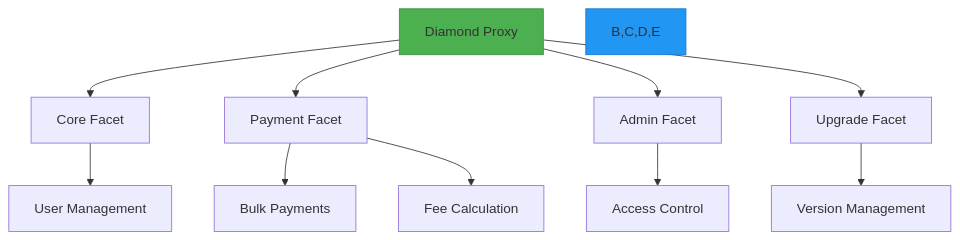
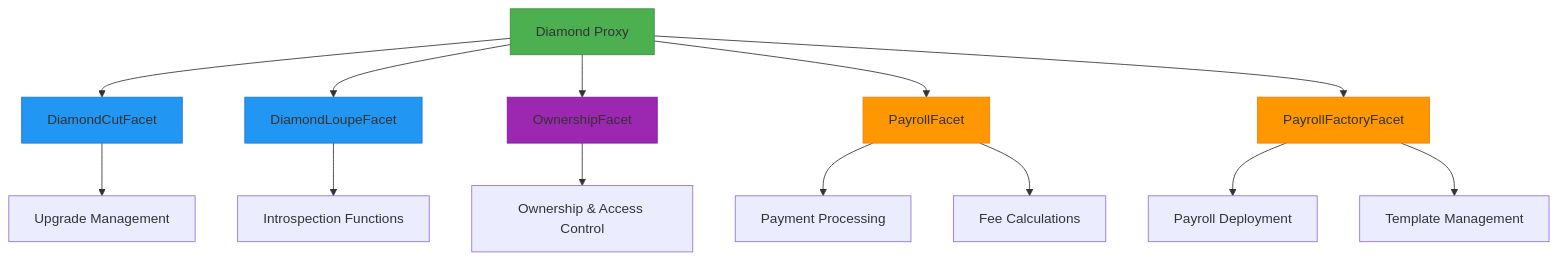
One commit to strimz-headquarters/payroll_frontend_v1 changed the first of 2 diagrams in README.md. Above: the diagram before and after it, drawn with Mermaid.

````diff
--- a/README.md
+++ b/README.md
@@ -32,15 +32,31 @@
 ```mermaid
 graph TD
-    A[Diamond Proxy] --> B[Core Facet]
-    A --> C[Payment Facet]
-    A --> D[Admin Facet]
-    A --> E[Upgrade Facet]
-    B --> F[User Management]
-    C --> G[Bulk Payments]
-    C --> H[Fee Calculation]
-    D --> I[Access Control]
-    E --> J[Version Management]
+    A[Diamond Proxy] --> B[DiamondCutFacet]
+    A --> C[DiamondLoupeFacet]
+    A --> D[OwnershipFacet]
+    A --> E[PayrollFacet]
+    A --> F[PayrollFactoryFacet]
+    
+    B --> G[Upgrade Management]
+    C --> H[Introspection Functions]
+    D --> I[Ownership & Access Control]
+    E --> J[Payment Processing]
+    E --> K[Fee Calculations]
+    F --> L[Payroll Deployment]
+    F --> M[Template Management]
     
     style A fill:#4CAF50,stroke:#388E3C
-    style B,C,D,E fill:#2196F3,stroke:#1976D2
+    style B fill:#2196F3,stroke:#1976D2
+    style C fill:#2196F3,stroke:#1976D2
+    style D fill:#9C27B0,stroke:#7B1FA2
+    style E fill:#FF9800,stroke:#F57C00
+    style F fill:#FF9800,stroke:#F57C00
+    
+    classDef standard fill:#2196F3,stroke:#1976D2;
+    classDef security fill:#9C27B0,stroke:#7B1FA2;
+    classDef payroll fill:#FF9800,stroke:#F57C00;
+    
+    class B,C standard
+    class D security
+    class E,F payroll
 ```
````
